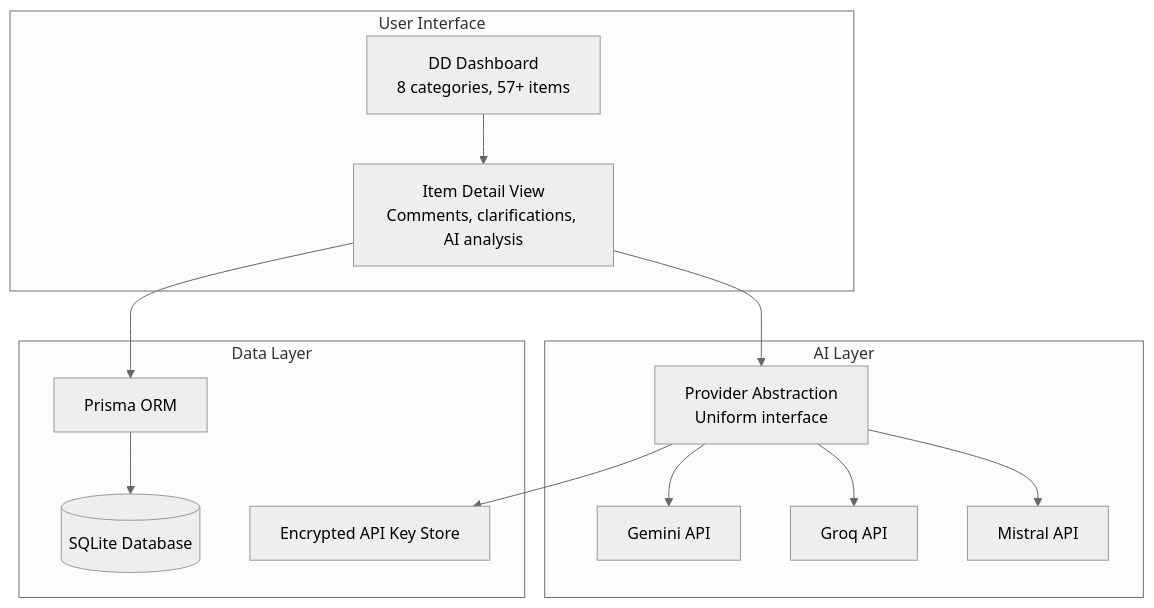
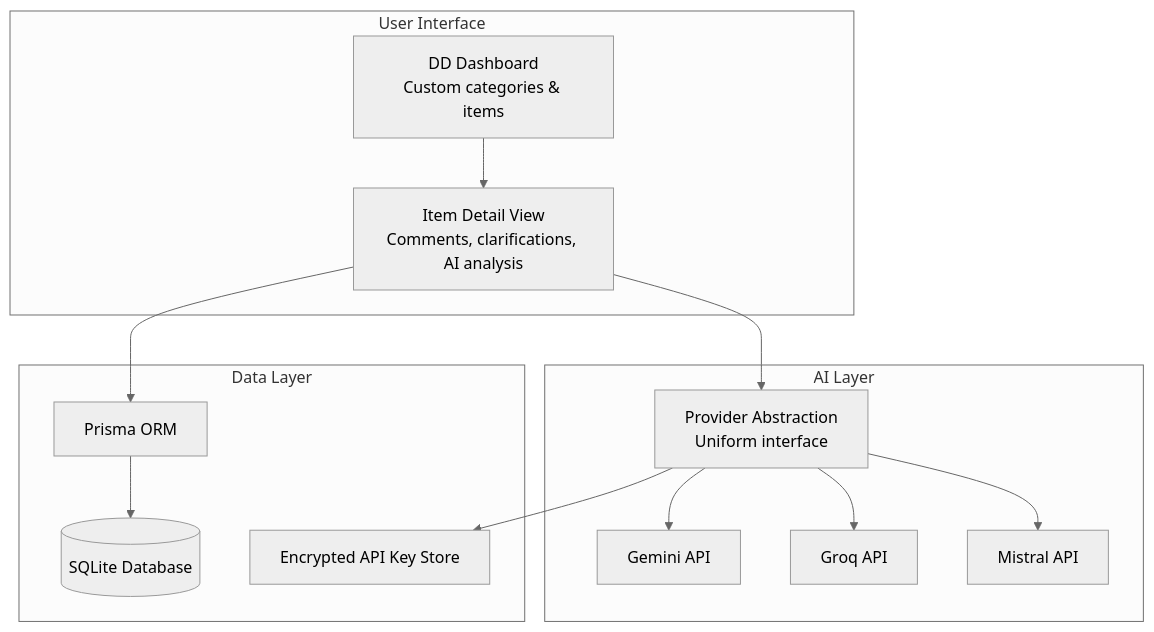
One commit to maheshmirchandani/AI-Projects-Portfolio changed the diagram in claritas/README.md. Above: the diagram before and after it, drawn with Mermaid (neutral theme). The commit also changed other lines of this file and 2 other files, not shown here.

````diff
--- a/claritas/README.md
+++ b/claritas/README.md
@@ -19,29 +19,29 @@
 ```mermaid
 graph TD
     subgraph User Interface
-        Dashboard[DD Dashboard<br/>8 categories, 57+ items]
+        Dashboard[DD Dashboard<br/>Custom categories & items]
         Detail[Item Detail View<br/>Comments, clarifications, AI analysis]
     end
 
     subgraph AI Layer
         Abstraction[Provider Abstraction<br/>Uniform interface]
         Gemini[Gemini API]
         Groq[Groq API]
         Mistral[Mistral API]
     end
 
     subgraph Data Layer
         Prisma[Prisma ORM]
         DB[(SQLite Database)]
         Vault[Encrypted API Key Store]
     end
 
     Dashboard --> Detail
     Detail --> Abstraction
     Abstraction --> Gemini
     Abstraction --> Groq
     Abstraction --> Mistral
     Abstraction --> Vault
     Detail --> Prisma
     Prisma --> DB
 ```
````
